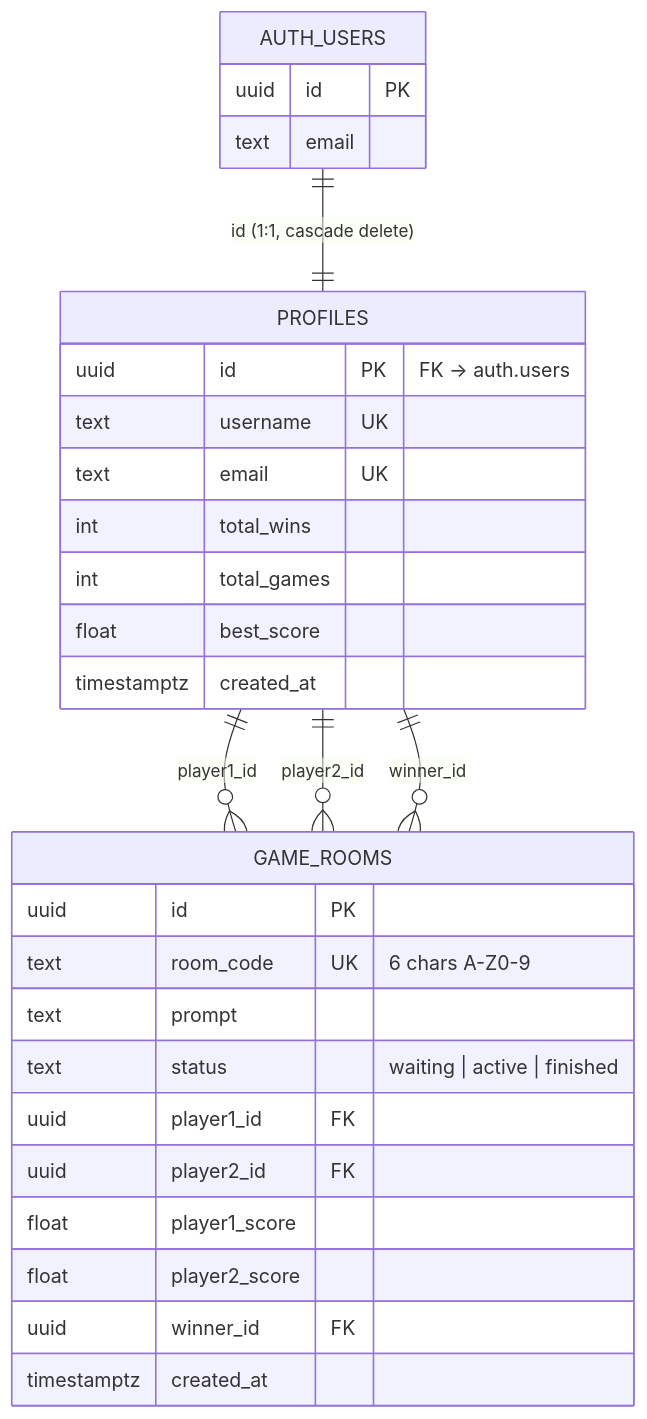
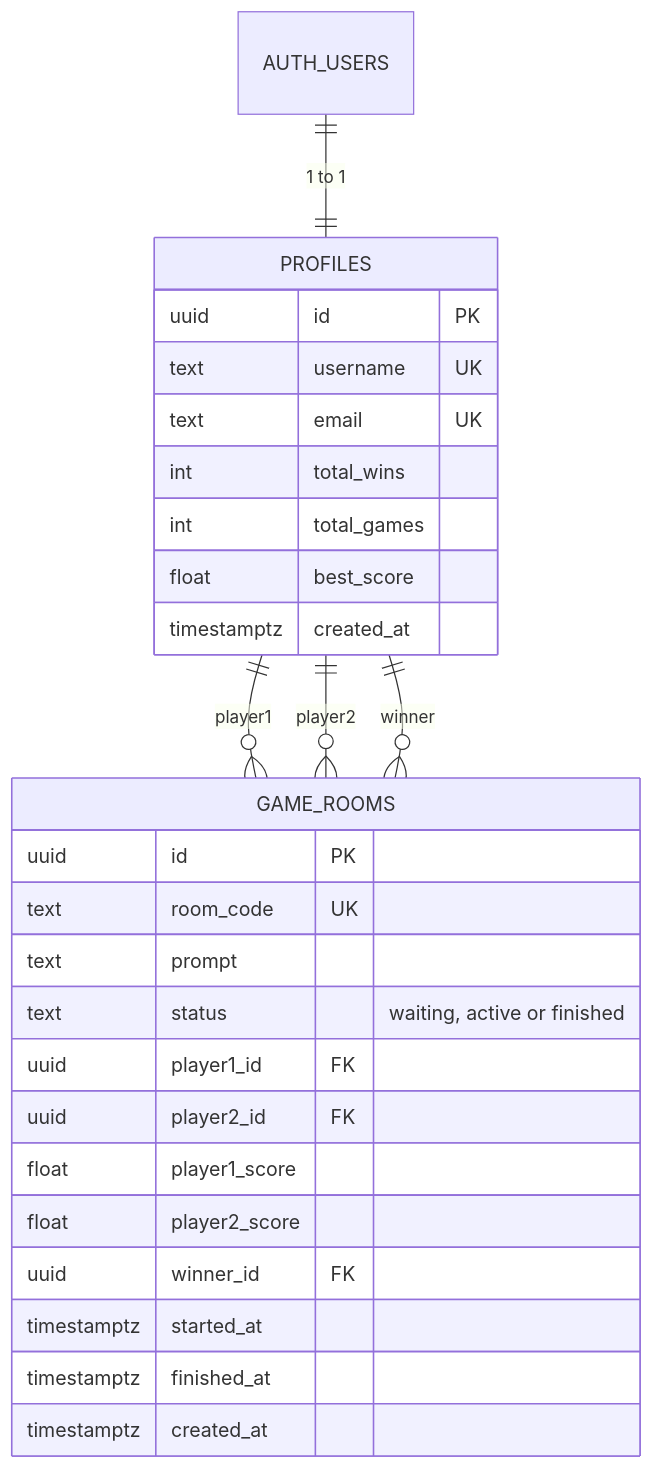
The sixth of 8 diagrams in README.md (MuaazTasawar/sketchduel), drawn with Mermaid before and after one commit. The commit also changed other lines of this file, not shown here.

Commit message:
docs: README for the hardened SketchDuel (architecture, API, scoring, AI model, testing, limitations)

````diff
--- a/README.md
+++ b/README.md
@@ -360,33 +231,31 @@
 ```mermaid
 erDiagram
-    AUTH_USERS ||--|| PROFILES : "id (1:1, cascade delete)"
-    PROFILES ||--o{ GAME_ROOMS : "player1_id"
-    PROFILES ||--o{ GAME_ROOMS : "player2_id"
-    PROFILES ||--o{ GAME_ROOMS : "winner_id"
+    AUTH_USERS ||--|| PROFILES : "1 to 1"
+    PROFILES ||--o{ GAME_ROOMS : "player1"
+    PROFILES ||--o{ GAME_ROOMS : "player2"
+    PROFILES ||--o{ GAME_ROOMS : "winner"
 
-    AUTH_USERS {
+    PROFILES {
         uuid id PK
-        text email
-    }
-    PROFILES {
-        uuid id PK "FK → auth.users"
         text username UK
         text email UK
         int total_wins
         int total_games
         float best_score
         timestamptz created_at
     }
     GAME_ROOMS {
         uuid id PK
-        text room_code UK "6 chars A-Z0-9"
+        text room_code UK
         text prompt
-        text status "waiting | active | finished"
+        text status "waiting, active or finished"
         uuid player1_id FK
         uuid player2_id FK
         float player1_score
         float player2_score
         uuid winner_id FK
+        timestamptz started_at
+        timestamptz finished_at
         timestamptz created_at
     }
 ```
````
